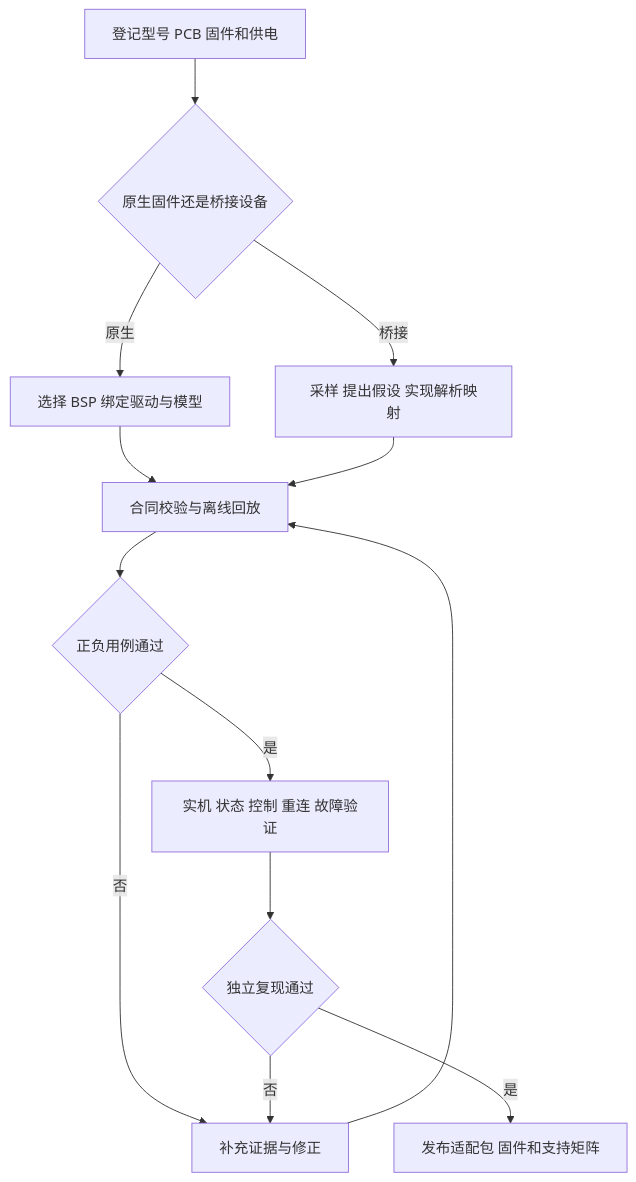
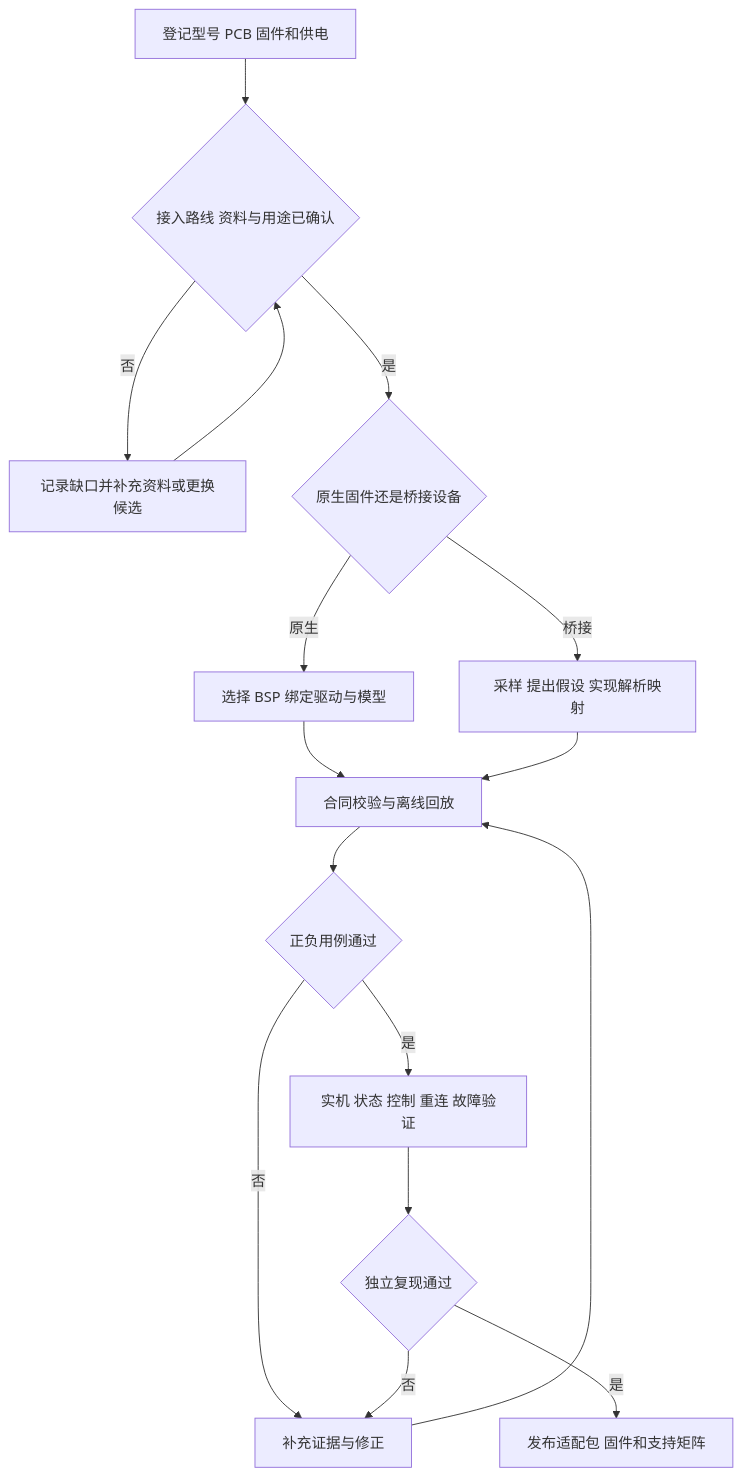
One commit to limecloud/iot changed the third of 11 diagrams in docs/01-产品需求PRD.md. Above: the diagram before and after it, drawn with Mermaid. The commit also changed other lines of this file and 331 other files, not shown here.

````diff
--- a/docs/01-产品需求PRD.md
+++ b/docs/01-产品需求PRD.md
@@ -415,14 +439,17 @@
 ```mermaid
 flowchart TD
-  A[登记型号 PCB 固件和供电] --> B{原生固件还是桥接设备}
+  A[登记型号 PCB 固件和供电] --> P{接入路线 资料与用途已确认}
+  P -->|否| Q[记录缺口并补充资料或更换候选]
+  Q --> P
+  P -->|是| B{原生固件还是桥接设备}
   B -->|原生| C[选择 BSP 绑定驱动与模型]
   B -->|桥接| D[采样 提出假设 实现解析映射]
   C --> E[合同校验与离线回放]
   D --> E
   E --> F{正负用例通过}
   F -->|否| R[补充证据与修正] --> E
   F -->|是| G[实机 状态 控制 重连 故障验证]
   G --> H{独立复现通过}
   H -->|否| R
   H -->|是| I[发布适配包 固件和支持矩阵]
 ```
````
